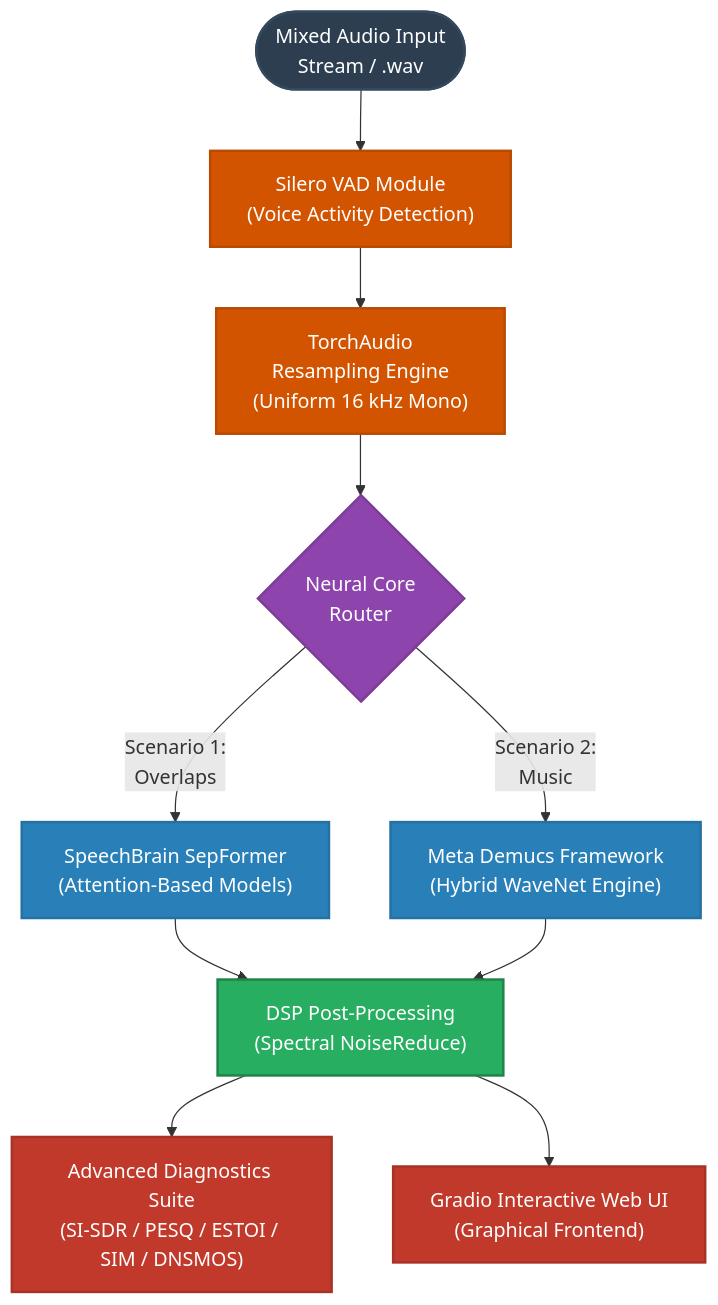
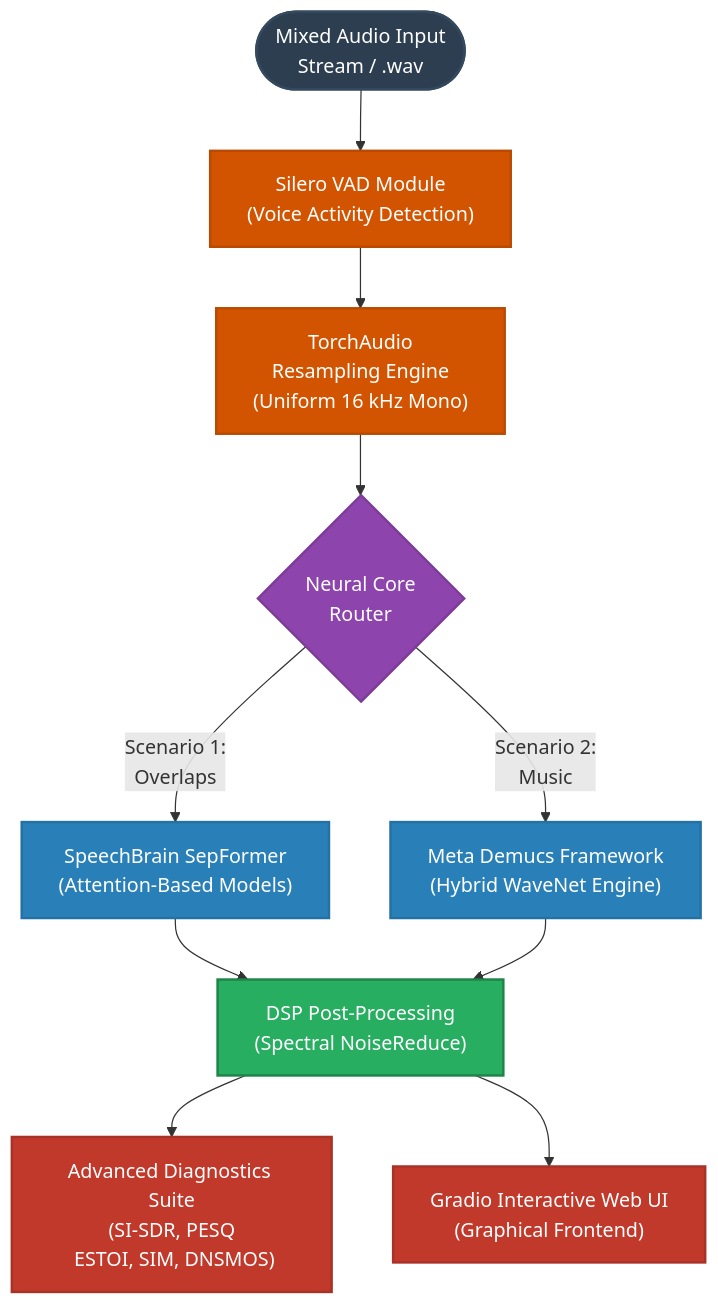
Before and after one commit to gavmada26/overlapped-speech-separation: the diagram in README.md, drawn with Mermaid.

````diff
--- a/README.md
+++ b/README.md
@@ -26,27 +26,28 @@
 ```mermaid
 graph TD
     %% Define Node Colors and Styles
     classDef inputNode fill:#2c3e50,stroke:#34495e,stroke-width:2px,color:#fff;
     classDef preprocNode fill:#d35400,stroke:#ba4a00,stroke-width:2px,color:#fff;
     classDef routerNode fill:#8e44ad,stroke:#7d3c98,stroke-width:2px,color:#fff;
     classDef modelNode fill:#2980b9,stroke:#2471a3,stroke-width:2px,color:#fff;
     classDef dspNode fill:#27ae60,stroke:#1e8449,stroke-width:2px,color:#fff;
     classDef outputNode fill:#c0392b,stroke:#a93226,stroke-width:2px,color:#fff;
 
     %% Audio Input Layer
     Input(["Mixed Audio Input<br/>Stream / .wav"]):::inputNode --> VADNode["Silero VAD Module<br/>(Voice Activity Detection)"]:::preprocNode
     VADNode --> ResampleNode["TorchAudio <br/>Resampling Engine<br/>(Uniform 16 kHz Mono)"]:::preprocNode
     ResampleNode --> CoreSelector{"Neural Core<br/>Router"}:::routerNode
     
     %% Deep Learning Core Chains
     CoreSelector -- "Scenario 1:<br/>Overlaps" --> SepFormer["SpeechBrain SepFormer<br/>(Attention-Based Models)"]:::modelNode
     CoreSelector -- "Scenario 2:<br/>Music" --> Demucs["Meta Demucs Framework<br/>(Hybrid WaveNet Engine)"]:::modelNode
     
     %% Post-Processing Layer
     SepFormer --> DSPEnhance["DSP Post-Processing<br/>(Spectral NoiseReduce)"]:::dspNode
     Demucs --> DSPEnhance
     
     %% Targets / Analytics
-    DSPEnhance --> Metrics["Advanced Diagnostics Suite<br/>(SI-SDR / PESQ / ESTOI / SIM / DNSMOS)"]:::outputNode
+    DSPEnhance --> Metrics["Advanced Diagnostics Suite<br/>(SI-SDR, PESQ
+ ESTOI, SIM, DNSMOS)"]:::outputNode
     DSPEnhance --> Interface["Gradio Interactive Web UI<br/>(Graphical Frontend)"]:::outputNode
 ```
````
